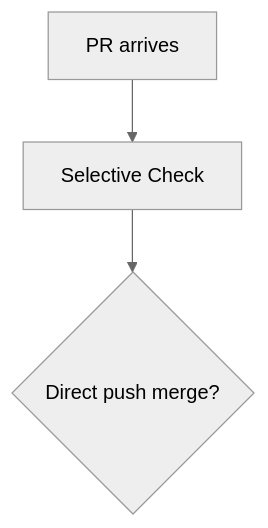
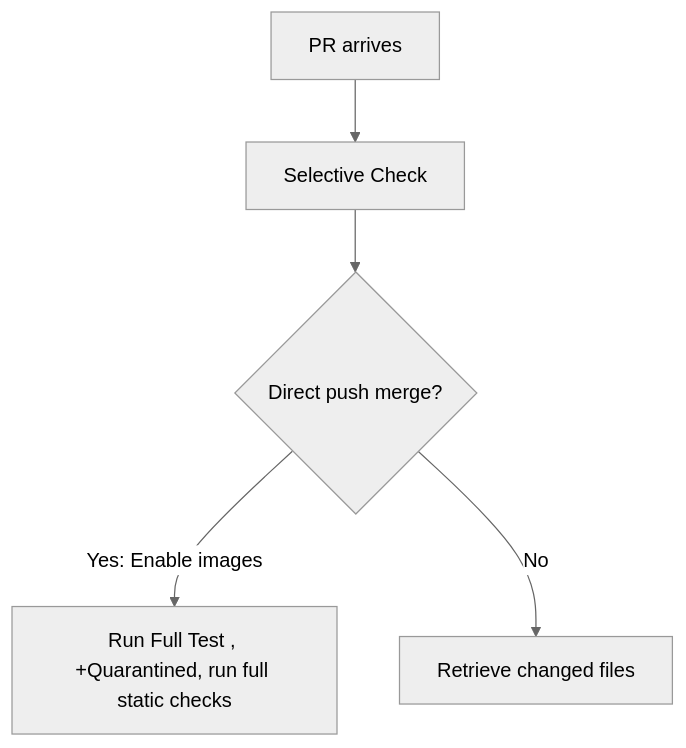
The diagram in README.md (edithturn/golang-training), drawn with Mermaid (neutral theme) before and after one commit.

Commit message:
test mermaid

````diff
--- a/README.md
+++ b/README.md
@@ -7,5 +7,7 @@
 ```mermaid
 flowchart TD
 A[PR arrives]-->B[Selective Check]
 B-->C{Direct push merge?}
+C-->|Yes: Enable images| D[Run Full Test , +Quarantined, run full static checks]
+C-->|No| E[Retrieve changed files]
 ```
````
